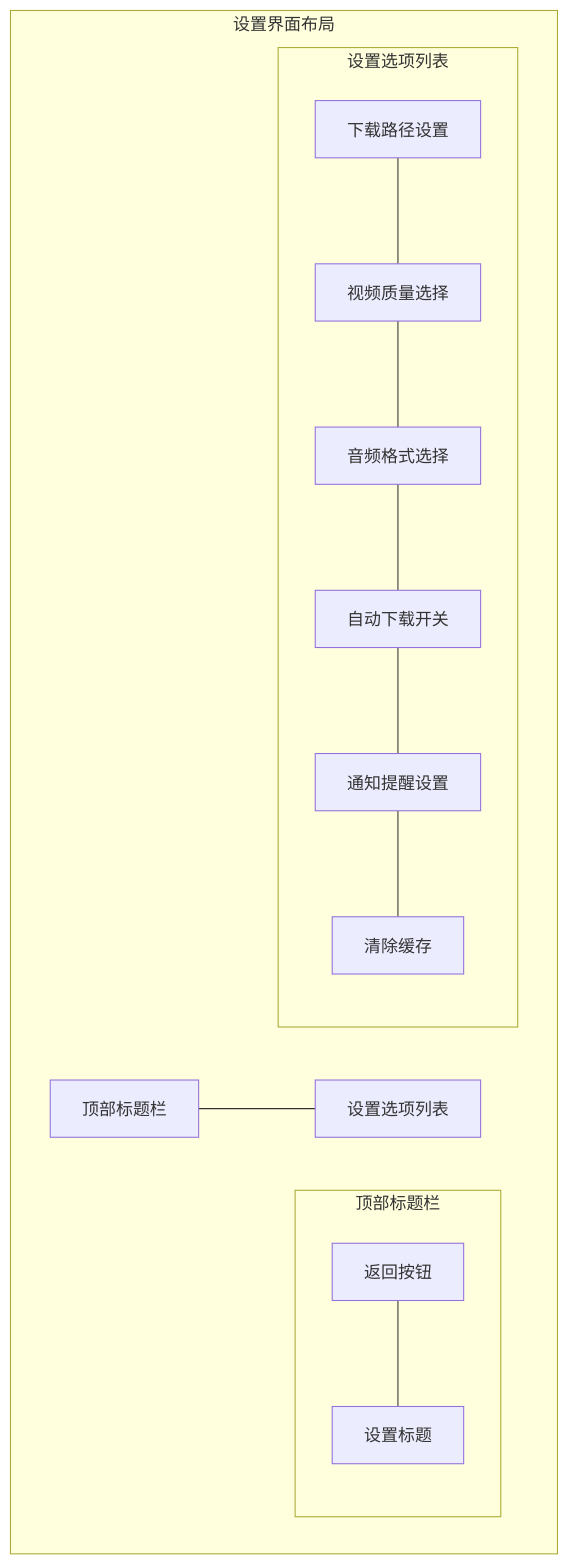
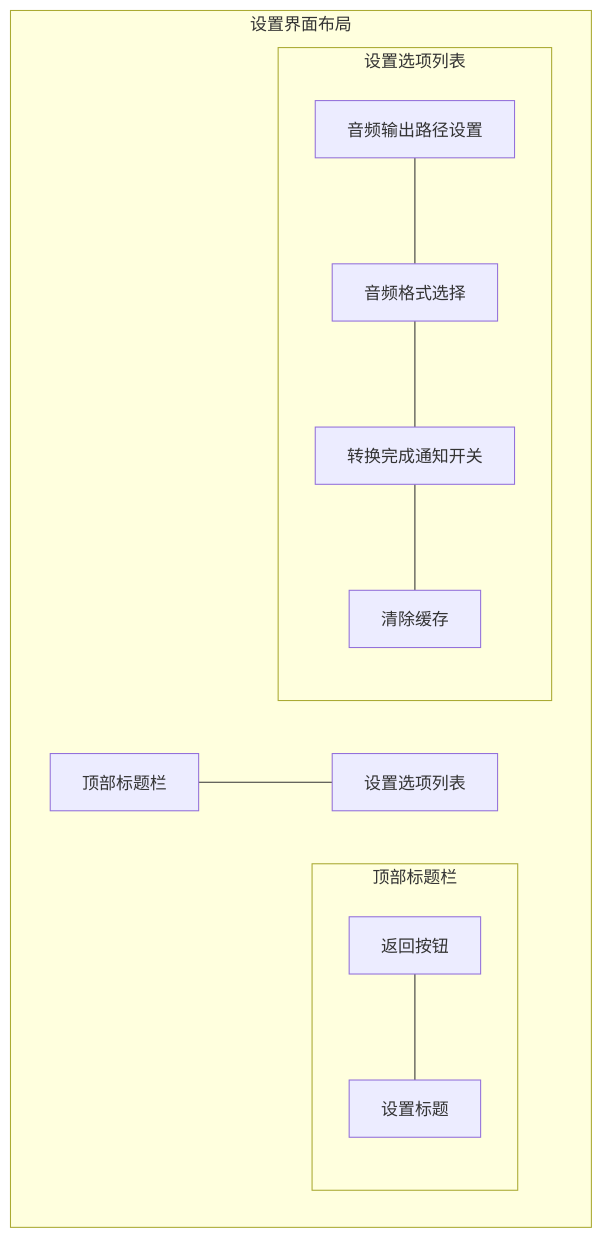
The diagram in 界面设计/设置界面.md (qinyiOvO/VAConverter), drawn with Mermaid before and after one commit. The commit also changed other lines of this file and 13 other files, not shown here.

````diff
--- a/界面设计/设置界面.md
+++ b/界面设计/设置界面.md
@@ -1,18 +1,16 @@
 ```mermaid
 graph TD
     subgraph 设置界面布局
         A[顶部标题栏] --- B[设置选项列表]
         
         subgraph 顶部标题栏
             A1[返回按钮] --- A2[设置标题]
         end
         
         subgraph 设置选项列表
-            B1[下载路径设置] --- B2[视频质量选择]
-            B2 --- B3[音频格式选择]
-            B3 --- B4[自动下载开关]
-            B4 --- B5[通知提醒设置]
-            B5 --- B6[清除缓存]
+            B1[音频输出路径设置] --- B2[音频格式选择]
+            B2 --- B3[转换完成通知开关]
+            B3 --- B4[清除缓存]
         end
     end
 ```
````
